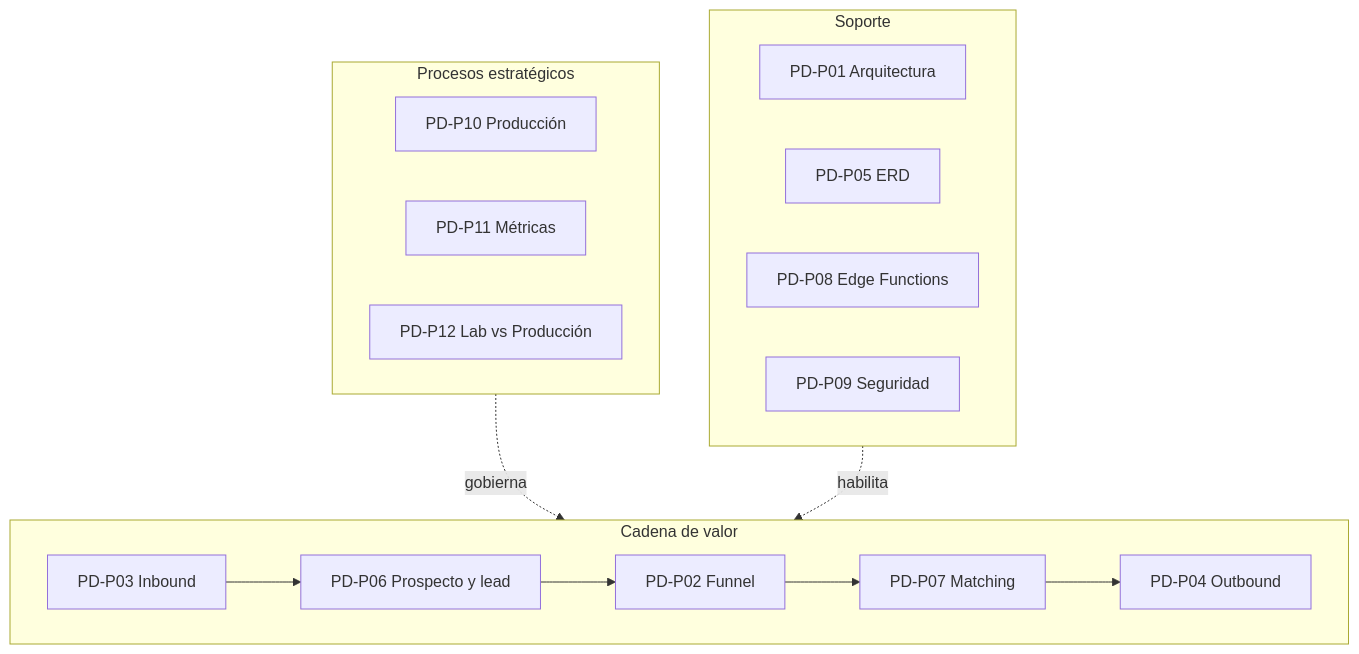
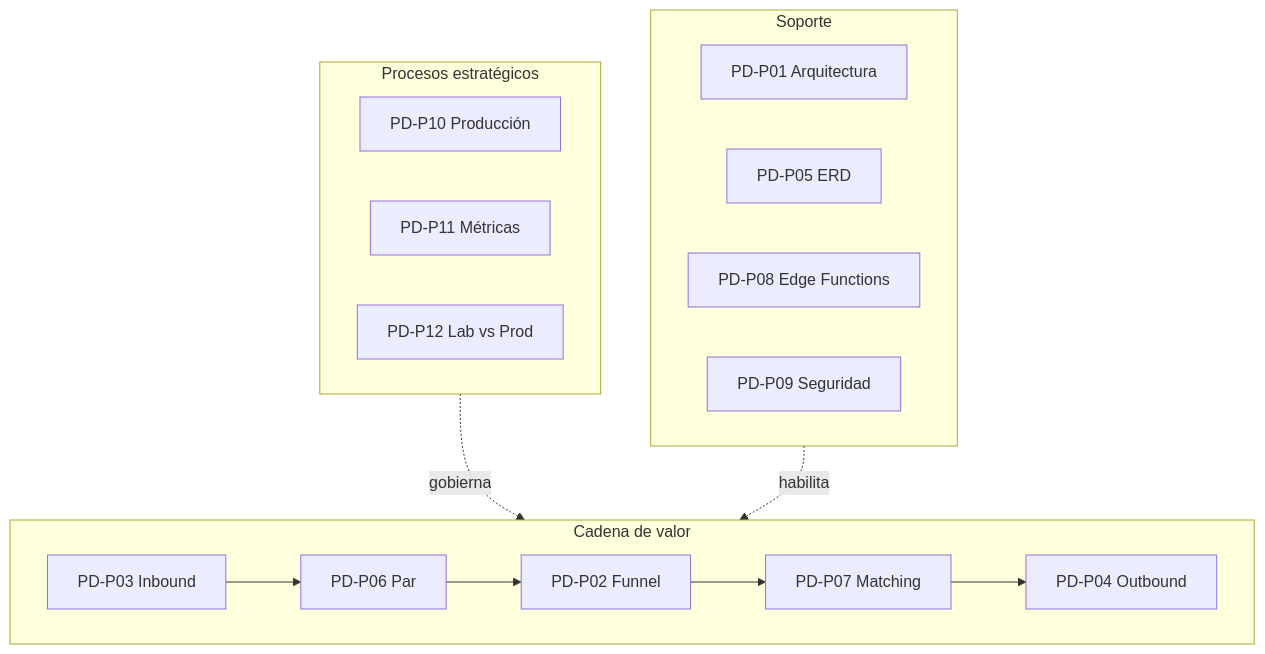
Before and after one commit to EstrategiaInmobiliaria/Tokenizer-extended: the first of 13 diagrams in docs/palm-lab-practica/iso/PD-SGC-MAN-001.md, drawn with Mermaid. The commit also changed other lines of this file and 4 other files, not shown here.

````diff
--- a/docs/palm-lab-practica/iso/PD-SGC-MAN-001.md
+++ b/docs/palm-lab-practica/iso/PD-SGC-MAN-001.md
@@ -57,24 +50,22 @@
 ```mermaid
 flowchart TB
   subgraph ESTRATEGICOS[Procesos estratégicos]
     E1[PD-P10 Producción]
     E2[PD-P11 Métricas]
-    E3[PD-P12 Lab vs Producción]
-  end
-  subgraph OPERATIVOS[Cadena de valor]
-    O3[PD-P03 Inbound]
-    O6[PD-P06 Prospecto y lead]
-    O2[PD-P02 Funnel]
-    O7[PD-P07 Matching]
-    O4[PD-P04 Outbound]
-    O3 --> O6 --> O2 --> O7 --> O4
+    E3[PD-P12 Lab vs Prod]
   end
   subgraph SOPORTE[Soporte]
     S0[PD-P01 Arquitectura]
     S5[PD-P05 ERD]
     S8[PD-P08 Edge Functions]
     S1[PD-P09 Seguridad]
   end
+  subgraph OPERATIVOS[Cadena de valor]
+    O3[PD-P03 Inbound] --> O6[PD-P06 Par]
+    O6 --> O2[PD-P02 Funnel]
+    O2 --> O7[PD-P07 Matching]
+    O7 --> O4[PD-P04 Outbound]
+  end
   ESTRATEGICOS -. gobierna .-> OPERATIVOS
   SOPORTE -. habilita .-> OPERATIVOS
 ```
````
